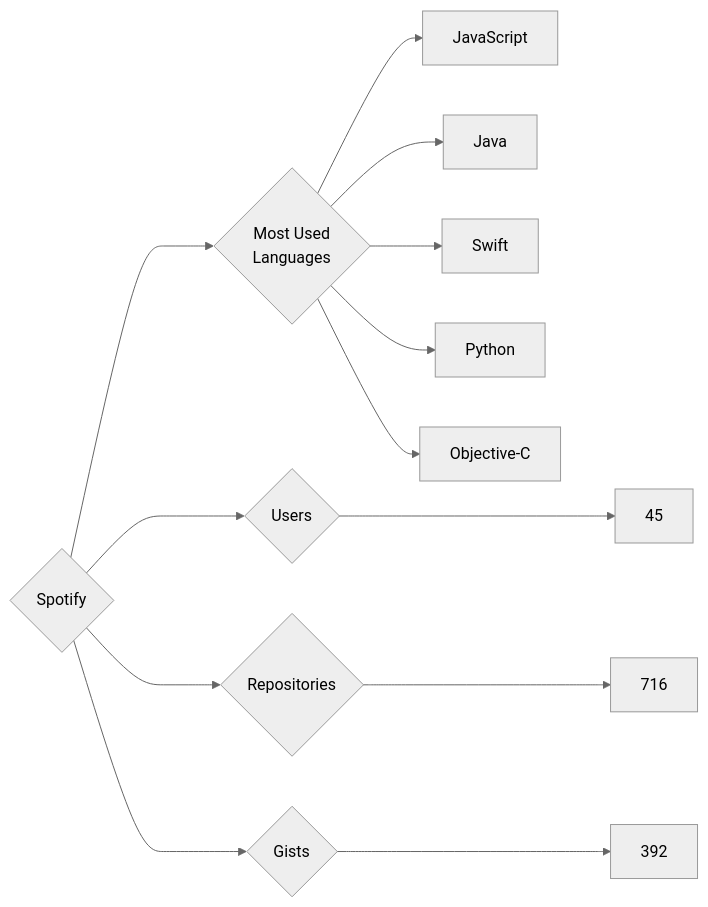
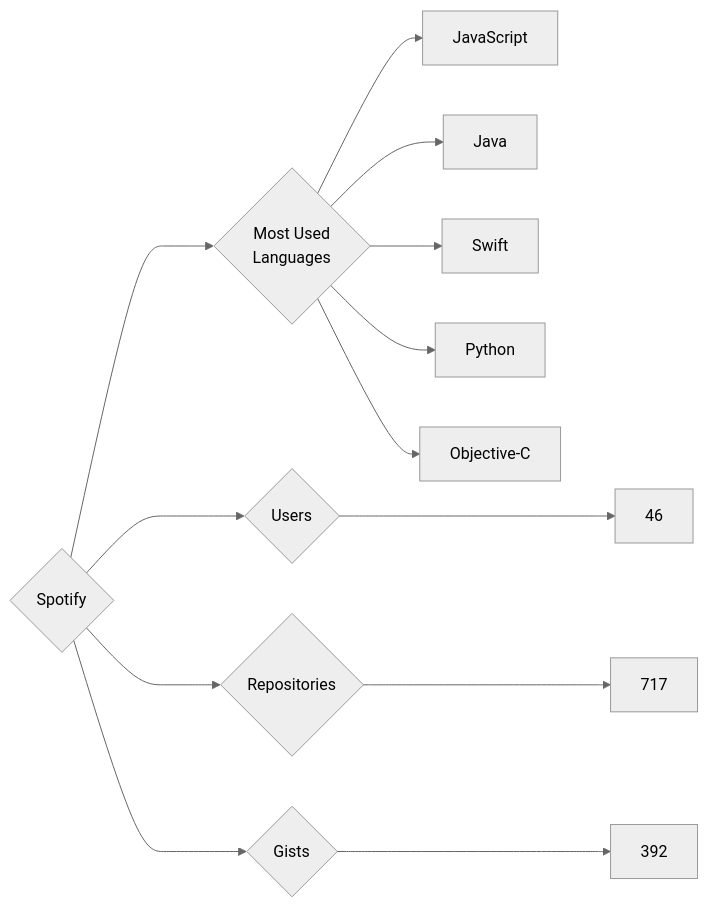
One commit to trickest/insiders changed the diagram in targets/Spotify/README.md. Above: the diagram before and after it, drawn with Mermaid (neutral theme). The commit also changed 815 other files, not shown here.

````diff
--- a/targets/Spotify/README.md
+++ b/targets/Spotify/README.md
@@ -3,13 +3,13 @@
 ```mermaid
 graph LR
 COMPANY_NAME{Spotify}
-COMPANY_NAME ---> U{Users} ---> UN[45]
-COMPANY_NAME ---> R{Repositories} ---> RN[716]
+COMPANY_NAME ---> U{Users} ---> UN[46]
+COMPANY_NAME ---> R{Repositories} ---> RN[717]
 COMPANY_NAME ---> G{Gists} ---> GN[392]
 COMPANY_NAME ---> ML{Most Used<br>Languages}
 ML --> JavaScript[JavaScript]
 ML --> Java[Java]
 ML --> Swift[Swift]
 ML --> Python[Python]
 ML --> Objective-C[Objective-C]
 ```
````
